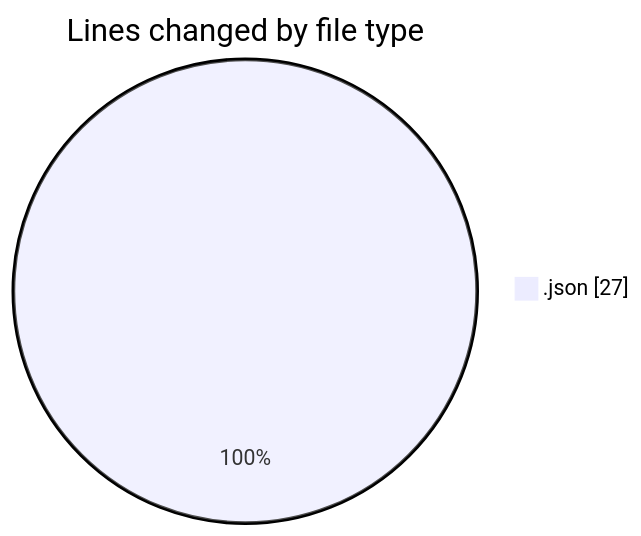
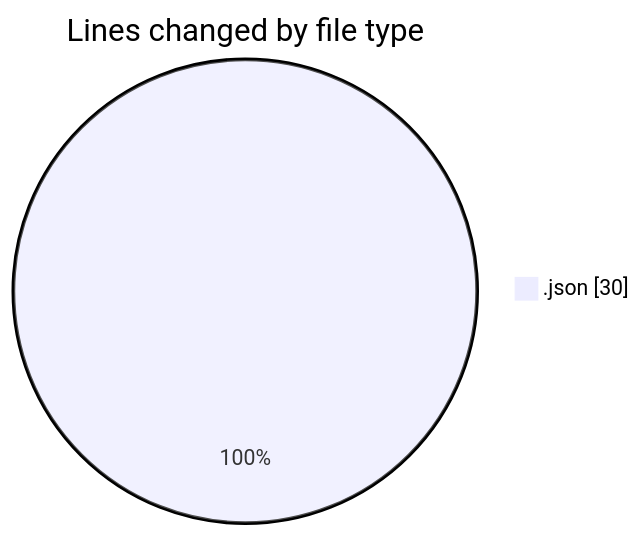
The first of 2 diagrams in 2025-05-07/app_idea/README.md (earendildev/code-tracking), drawn with Mermaid before and after one commit. The commit also changed other lines of this file and 1 other file, not shown here.

````diff
--- a/2025-05-07/app_idea/README.md
+++ b/2025-05-07/app_idea/README.md
@@ -20,5 +20,5 @@
 ```mermaid
 pie showData
 title Lines changed by file type
-".json" : 27
+".json" : 30
 ```
````
